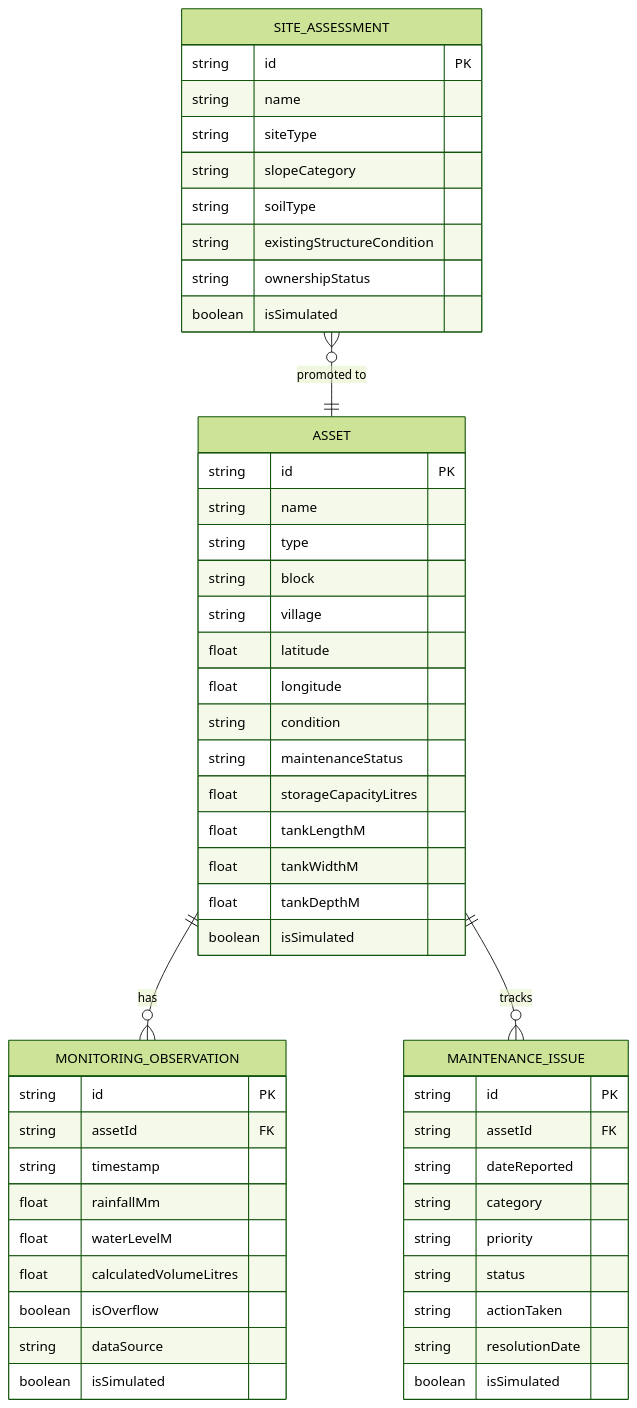
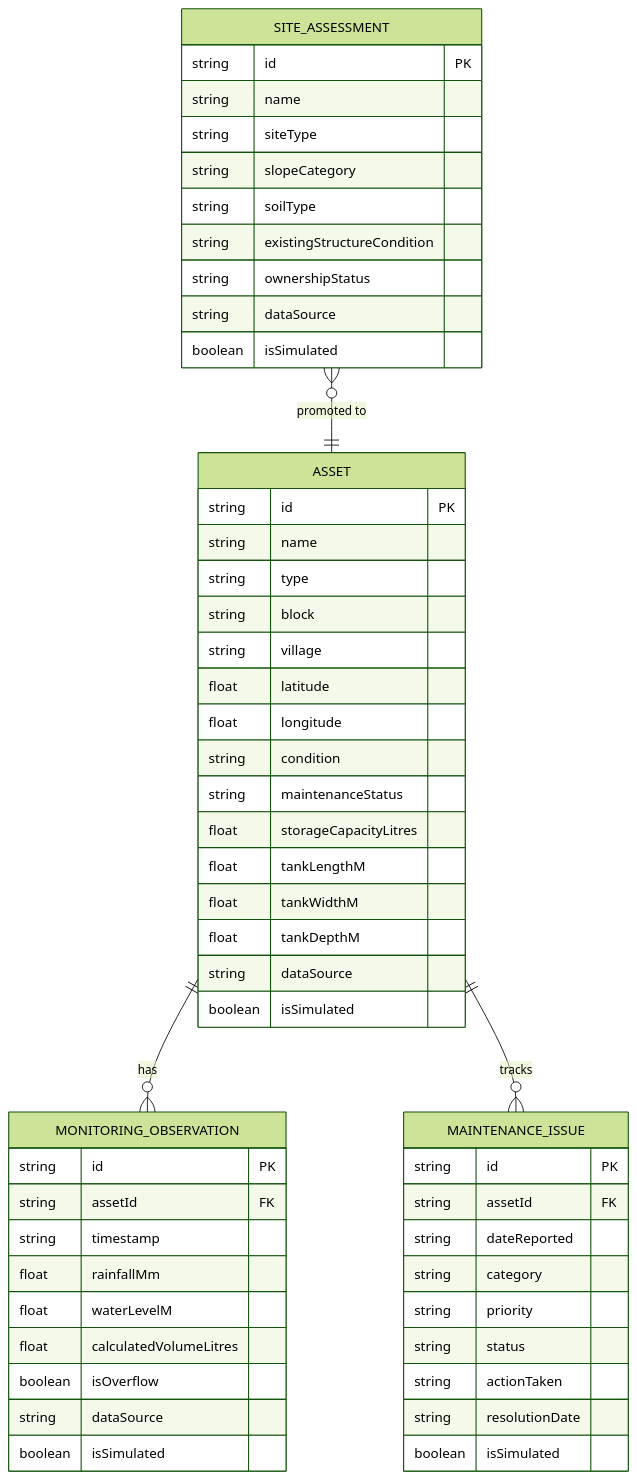
Before and after one commit to swarnakaranish-supreme/jalsetu-purulia: the diagram in docs/data-model.md, drawn with Mermaid (forest theme). The commit also changed other lines of this file and 11 other files, not shown here.

````diff
--- a/docs/data-model.md
+++ b/docs/data-model.md
@@ -7,58 +7,60 @@
 ```mermaid
 erDiagram
     ASSET ||--o{ MONITORING_OBSERVATION : has
     ASSET ||--o{ MAINTENANCE_ISSUE : tracks
     SITE_ASSESSMENT }o--|| ASSET : "promoted to"
 
     ASSET {
         string id PK
         string name
         string type
         string block
         string village
         float latitude
         float longitude
         string condition
         string maintenanceStatus
         float storageCapacityLitres
         float tankLengthM
         float tankWidthM
         float tankDepthM
+        string dataSource
         boolean isSimulated
     }
 
     SITE_ASSESSMENT {
         string id PK
         string name
         string siteType
         string slopeCategory
         string soilType
         string existingStructureCondition
         string ownershipStatus
+        string dataSource
         boolean isSimulated
     }
 
     MONITORING_OBSERVATION {
         string id PK
         string assetId FK
         string timestamp
         float rainfallMm
         float waterLevelM
         float calculatedVolumeLitres
         boolean isOverflow
         string dataSource
         boolean isSimulated
     }
 
     MAINTENANCE_ISSUE {
         string id PK
         string assetId FK
         string dateReported
         string category
         string priority
         string status
         string actionTaken
         string resolutionDate
         boolean isSimulated
     }
 ```
````
